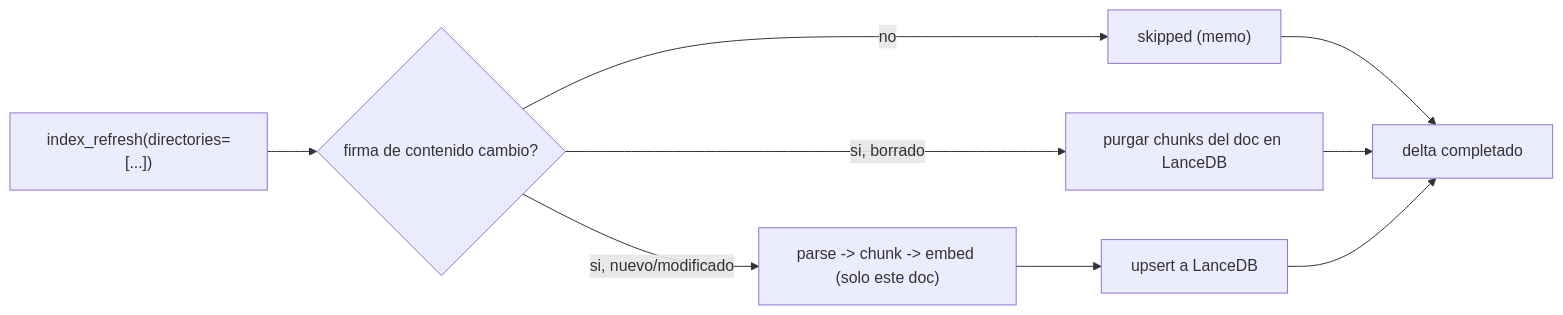
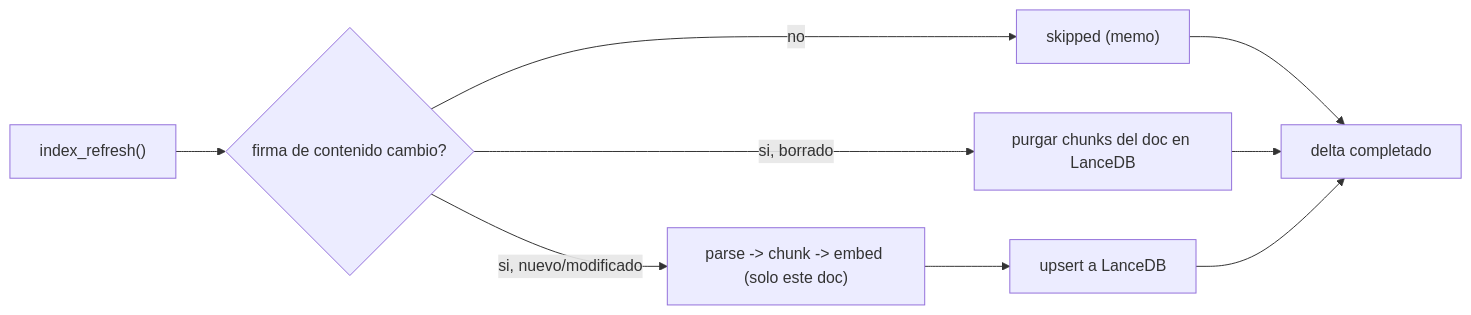
The diagram in specs/spec-rag-engine.md (Fisherk2/tepochcalli-opencode), drawn with Mermaid before and after one commit. The commit also changed other lines of this file and 15 other files, not shown here.

````diff
--- a/specs/spec-rag-engine.md
+++ b/specs/spec-rag-engine.md
@@ -294,11 +295,11 @@
 ```mermaid
 flowchart LR
-    W["index_refresh(directories=[...])"] --> D{"firma de contenido cambio?"}
+    W["index_refresh()"] --> D{"firma de contenido cambio?"}
     D -- no --> S["skipped (memo)"]
     D -- si, nuevo/modificado --> P["parse -> chunk -> embed (solo este doc)"]
     D -- si, borrado --> R["purgar chunks del doc en LanceDB"]
     P --> U["upsert a LanceDB"]
     S --> OK["delta completado"]
     R --> OK
     U --> OK
 ```
````
